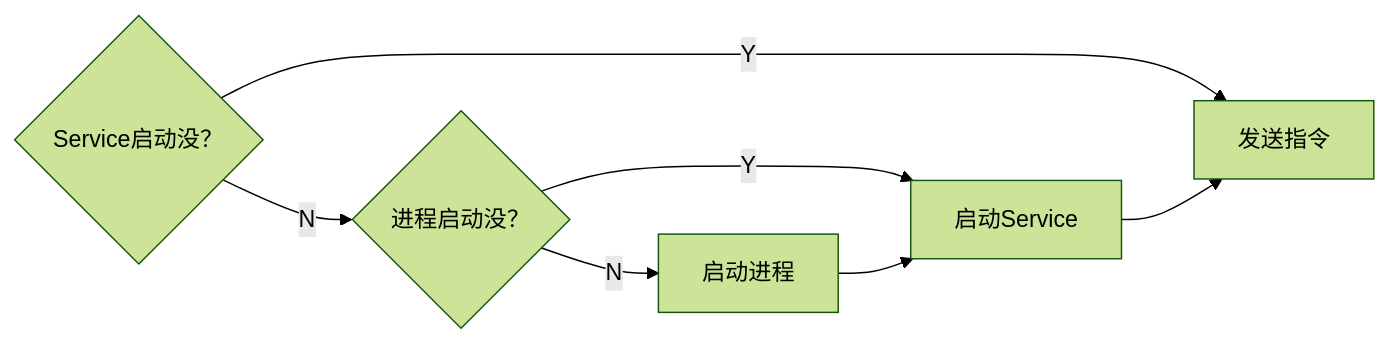
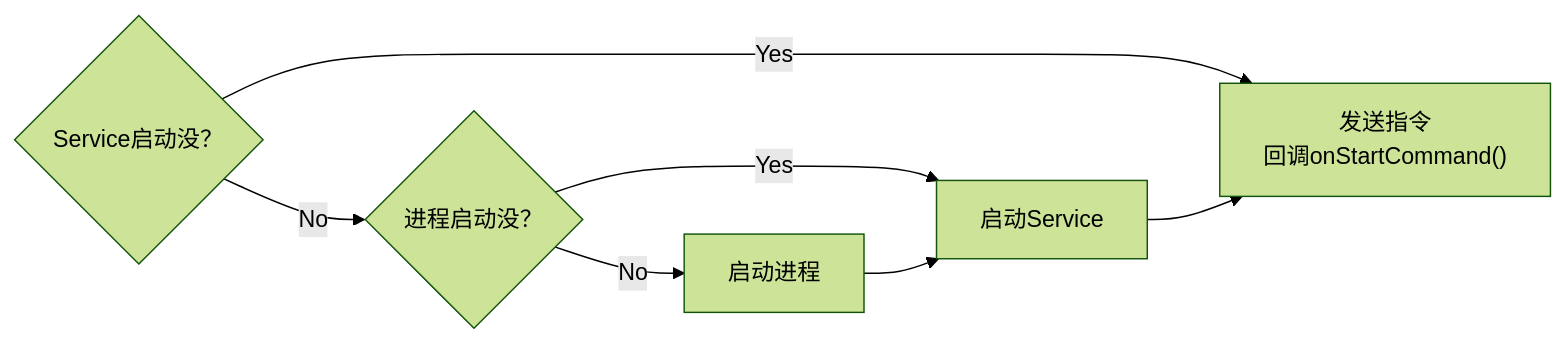
The first of 2 diagrams in 源码/Service启动流程？.md (sweetwong/Android-Interview-QA), drawn with Mermaid (forest theme) before and after one commit. The commit also changed 8 other files, not shown here.

````diff
--- a/源码/Service启动流程？.md
+++ b/源码/Service启动流程？.md
@@ -3,10 +3,10 @@
 ```mermaid
 graph LR
-1{"Service启动没？"}-->|N|2{"进程启动没？"}
-1-->|Y|3["发送指令"]
-2-->|Y|4["启动Service"]
-2-->|N|5["启动进程"]
+1{"Service启动没？"}-->|No|2{"进程启动没？"}
+1-->|Yes|3["发送指令<br>回调onStartCommand()"]
+2-->|Yes|4["启动Service"]
+2-->|No|5["启动进程"]
 5-->4
 4-->3
 
 ```
````
